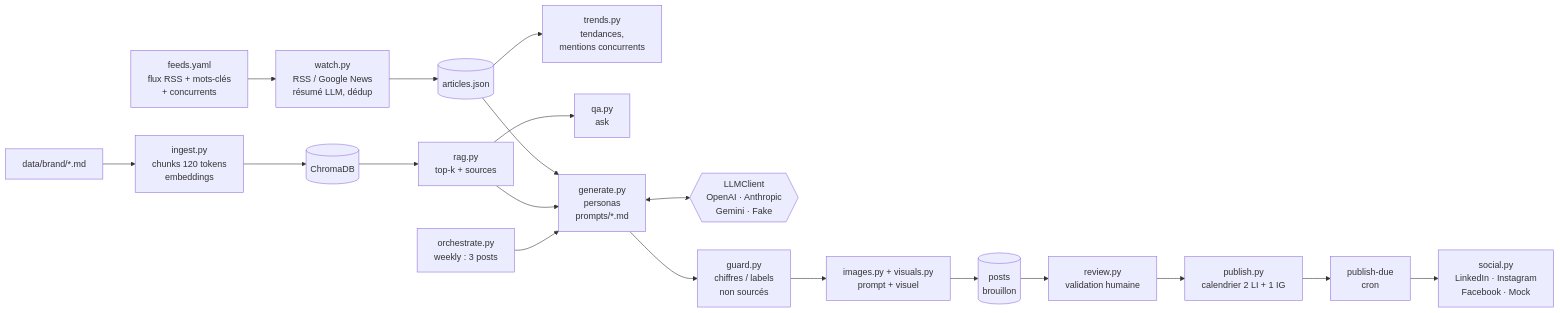
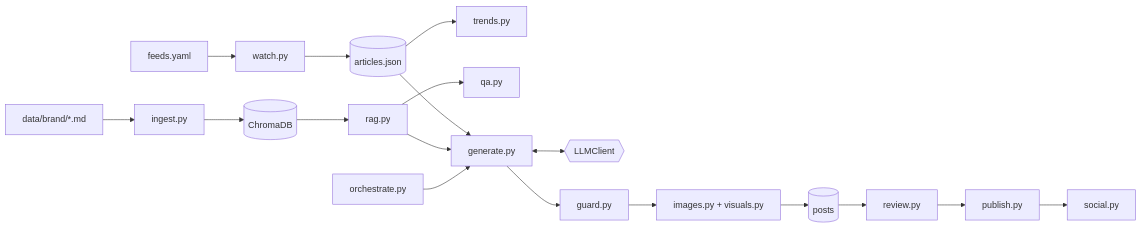
Before and after one commit to clement-rubin/copilote-marketing-brasserie: the second of 2 diagrams in README.md, drawn with Mermaid. The commit also changed other lines of this file, not shown here.

````diff
--- a/README.md
+++ b/README.md
@@ -46,20 +193,14 @@
 ```mermaid
 flowchart LR
-    F[feeds.yaml<br/>flux RSS + mots-clés<br/>+ concurrents] --> W[watch.py<br/>RSS / Google News<br/>résumé LLM, dédup]
-    W --> A[(articles.json)]
-    A --> T[trends.py<br/>tendances,<br/>mentions concurrents]
-    B[data/brand/*.md] --> I[ingest.py<br/>chunks 120 tokens<br/>embeddings] --> C[(ChromaDB)]
-    C --> R[rag.py<br/>top-k + sources]
-    R --> Q[qa.py<br/>ask]
-    A --> G[generate.py<br/>personas<br/>prompts/*.md]
+    F["feeds.yaml"] --> W["watch.py"]
+    W --> A[("articles.json")]
+    A --> T["trends.py"]
+    B["data/brand/*.md"] --> I["ingest.py"] --> C[("ChromaDB")]
+    C --> R["rag.py"] --> Q["qa.py"]
+    A --> G["generate.py"]
     R --> G
-    G <--> L{{LLMClient<br/>OpenAI · Anthropic<br/>Gemini · Fake}}
-    G --> V[guard.py<br/>chiffres / labels<br/>non sourcés]
-    V --> IM[images.py + visuals.py<br/>prompt + visuel]
-    IM --> P[(posts<br/>brouillon)]
-    O[orchestrate.py<br/>weekly : 3 posts] --> G
-    P --> RV[review.py<br/>validation humaine]
-    RV --> S[publish.py<br/>calendrier 2 LI + 1 IG]
-    S --> PD[publish-due<br/>cron]
-    PD --> SO[social.py<br/>LinkedIn · Instagram<br/>Facebook · Mock]
+    G <--> L{{"LLMClient"}}
+    G --> V["guard.py"] --> IM["images.py + visuals.py"] --> P[("posts")]
+    O["orchestrate.py"] --> G
+    P --> RV["review.py"] --> S["publish.py"] --> SO["social.py"]
 ```
````
